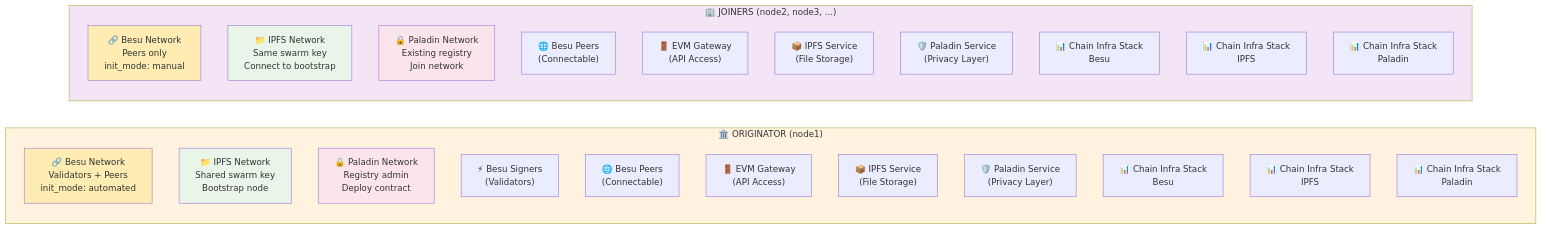
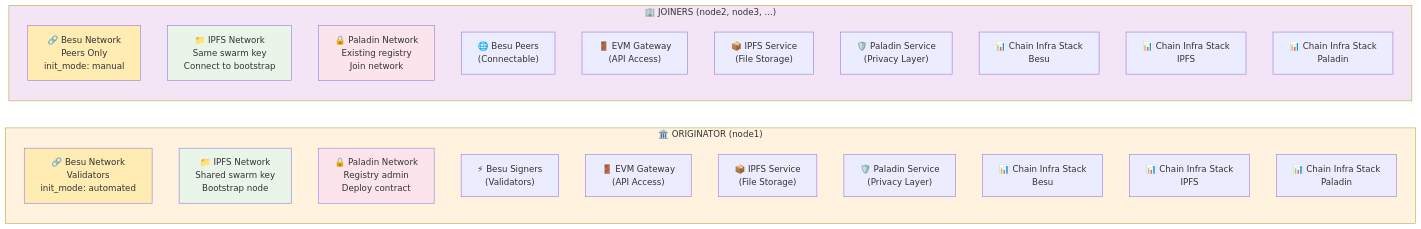
The second of 3 diagrams in examples/platform_multiaccount_testnets/README.md (kaleido-io/terraform-provider-kaleido), drawn with Mermaid before and after one commit. The commit also changed other lines of this file and 4 other files, not shown here.

````diff
--- a/examples/platform_multiaccount_testnets/README.md
+++ b/examples/platform_multiaccount_testnets/README.md
@@ -43,44 +43,43 @@
 ```mermaid
 graph LR
     subgraph ORIG ["🏛️ ORIGINATOR (node1)"]
-        OB["🔗 Besu Network<br/>Validators + Peers<br/>init_mode: automated"]
+        OB["🔗 Besu Network<br/>Validators<br/>init_mode: automated"]
         OI["📁 IPFS Network<br/>Shared swarm key<br/>Bootstrap node"]
         OP["🔒 Paladin Network<br/>Registry admin<br/>Deploy contract"]
         
         OBS["⚡ Besu Signers<br/>(Validators)"]
-        OBP["🌐 Besu Peers<br/>(Connectable)"]
         OGW["🚪 EVM Gateway<br/>(API Access)"]
         
         OIS["📦 IPFS Service<br/>(File Storage)"]
         OPS["🛡️ Paladin Service<br/>(Privacy Layer)"]
         
         OS1["📊 Chain Infra Stack<br/>Besu"]
         OS2["📊 Chain Infra Stack<br/>IPFS"]
         OS3["📊 Chain Infra Stack<br/>Paladin"]
     end
     
     subgraph JOIN ["🏢 JOINERS (node2, node3, ...)"]
-        JB["🔗 Besu Network<br/>Peers only<br/>init_mode: manual"]
+        JB["🔗 Besu Network<br/>Peers Only<br/>init_mode: manual"]
         JI["📁 IPFS Network<br/>Same swarm key<br/>Connect to bootstrap"]
         JP["🔒 Paladin Network<br/>Existing registry<br/>Join network"]
         
         JBP["🌐 Besu Peers<br/>(Connectable)"]
         JGW["🚪 EVM Gateway<br/>(API Access)"]
         
         JIS["📦 IPFS Service<br/>(File Storage)"]
         JPS["🛡️ Paladin Service<br/>(Privacy Layer)"]
         
         JS1["📊 Chain Infra Stack<br/>Besu"]
         JS2["📊 Chain Infra Stack<br/>IPFS"]
         JS3["📊 Chain Infra Stack<br/>Paladin"]
     end
     
     style ORIG fill:#fff3e0
     style JOIN fill:#f3e5f5
     style OB fill:#ffecb3
     style OI fill:#e8f5e8
     style OP fill:#fce4ec
     style JB fill:#ffecb3
     style JI fill:#e8f5e8
     style JP fill:#fce4ec
 ```
````
